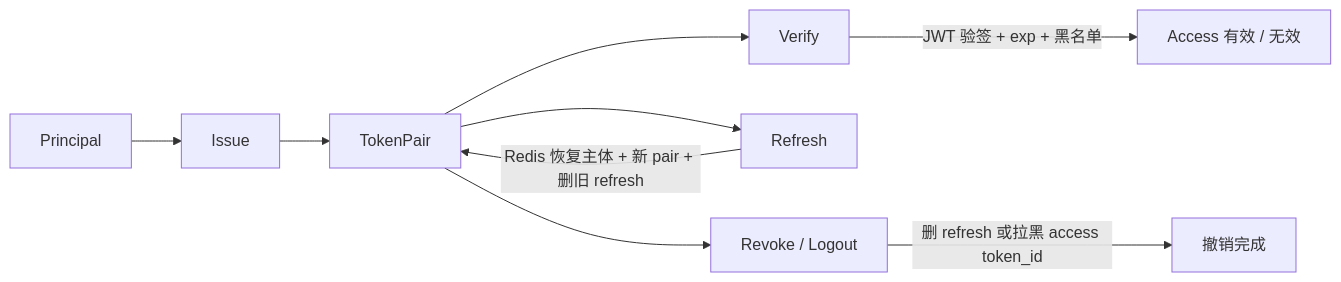
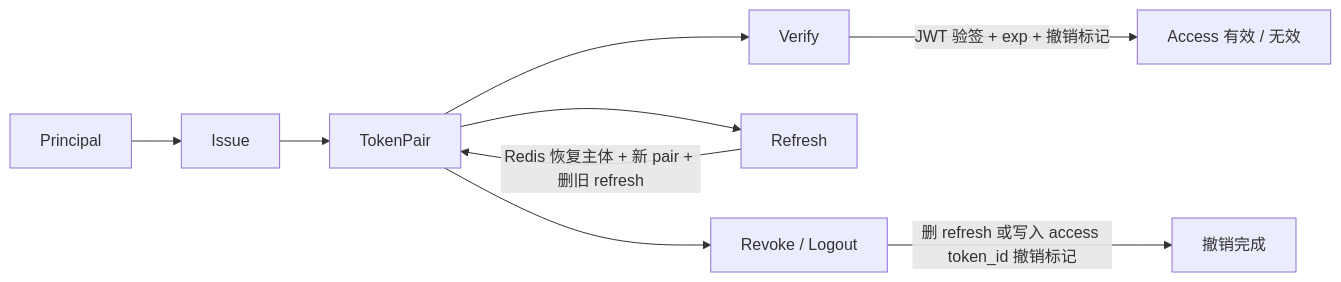
Before and after one commit to FangcunMount/iam-contracts: the third of 5 diagrams in docs/05-专题分析/01-认证链路--从登录请求到 Token 与 JWKS.md, drawn with Mermaid. The commit also changed other lines of this file and 105 other files, not shown here.

````diff
--- a/docs/05-专题分析/01-认证链路--从登录请求到 Token 与 JWKS.md
+++ b/docs/05-专题分析/01-认证链路--从登录请求到 Token 与 JWKS.md
@@ -223,12 +228,12 @@
 ```mermaid
 flowchart LR
     Principal["Principal"] --> Issue["Issue"]
     Issue --> Pair["TokenPair"]
     Pair --> Verify["Verify"]
     Pair --> Refresh["Refresh"]
     Pair --> Revoke["Revoke / Logout"]
 
-    Verify -->|"JWT 验签 + exp + 黑名单"| AccessState["Access 有效 / 无效"]
+    Verify -->|"JWT 验签 + exp + 撤销标记"| AccessState["Access 有效 / 无效"]
     Refresh -->|"Redis 恢复主体 + 新 pair + 删旧 refresh"| Pair
-    Revoke -->|"删 refresh 或拉黑 access token_id"| End["撤销完成"]
+    Revoke -->|"删 refresh 或写入 access token_id 撤销标记"| End["撤销完成"]
 ```
````
